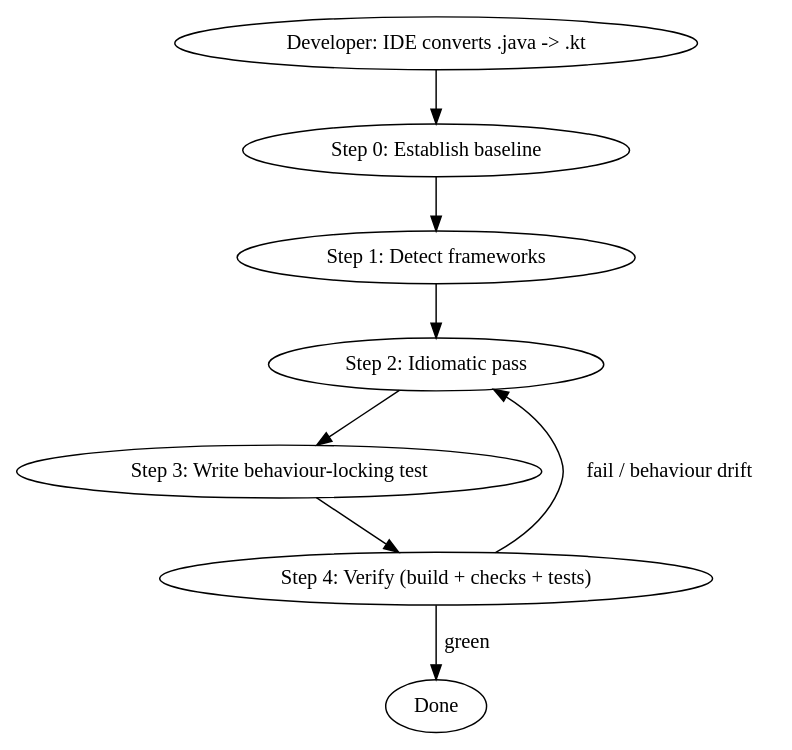
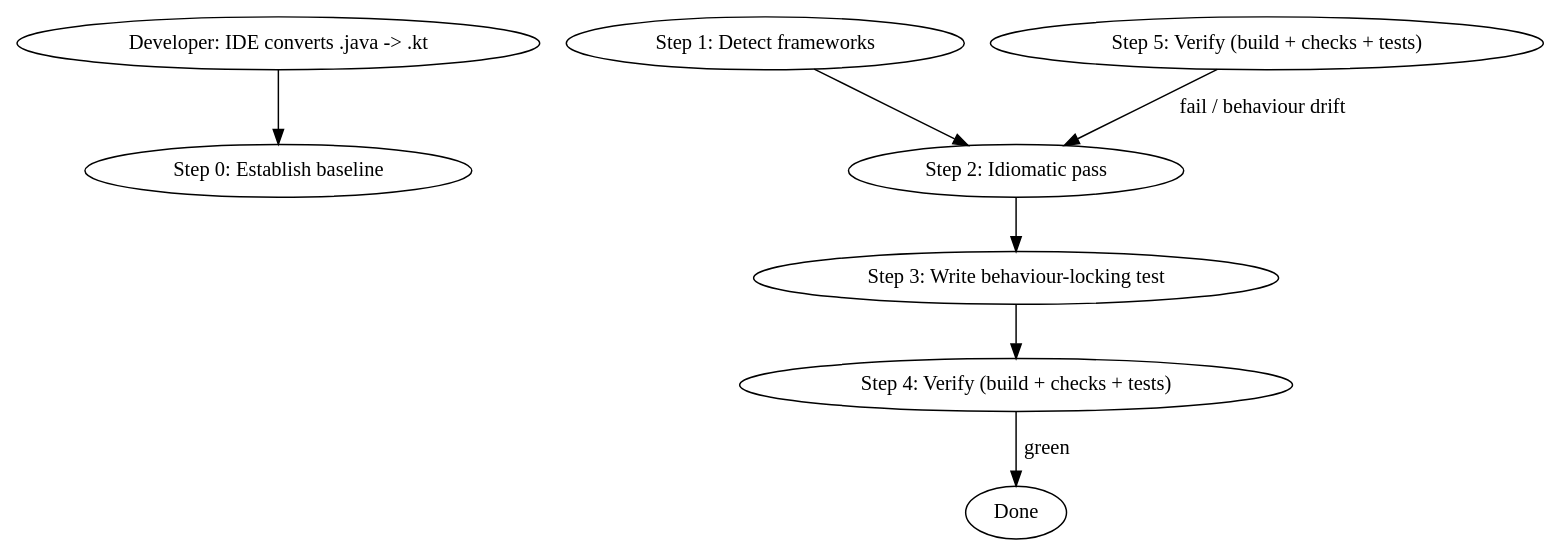
Before and after one commit to nextcloud/android: the diagram in .claude/skills/android-java-to-kotlin/SKILL.md, drawn with Graphviz.

Commit message:
reduce scope to files client

````diff
--- a/.claude/skills/android-java-to-kotlin/SKILL.md
+++ b/.claude/skills/android-java-to-kotlin/SKILL.md
@@ -29,12 +29,11 @@
 ```dot
 digraph android_j2k {
   rankdir=TB;
   "Developer: IDE converts .java -> .kt" -> "Step 0: Establish baseline";
-  "Step 0: Establish baseline" -> "Step 1: Detect frameworks";
   "Step 1: Detect frameworks" -> "Step 2: Idiomatic pass";
   "Step 2: Idiomatic pass" -> "Step 3: Write behaviour-locking test";
   "Step 3: Write behaviour-locking test" -> "Step 4: Verify (build + checks + tests)";
   "Step 4: Verify (build + checks + tests)" -> "Done" [label="green"];
-  "Step 4: Verify (build + checks + tests)" -> "Step 2: Idiomatic pass" [label="fail / behaviour drift"];
+  "Step 5: Verify (build + checks + tests)" -> "Step 2: Idiomatic pass" [label="fail / behaviour drift"];
 }
 ```
````
